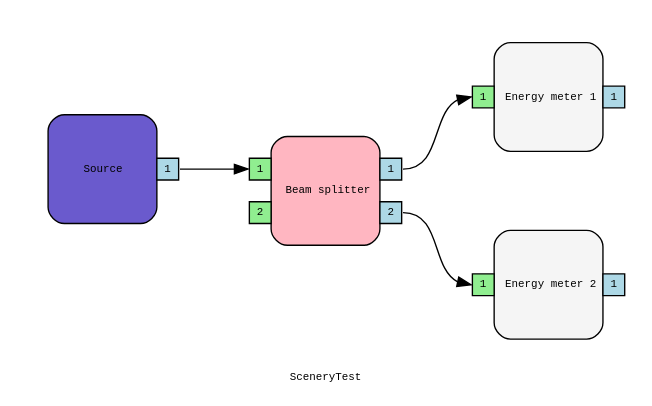
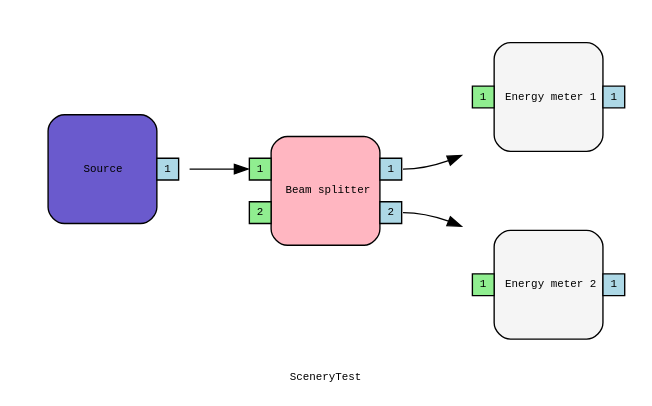
Before and after one commit to opossum-labs/opossum: the diagram in opossum/files_for_testing/dot/to_dot_full_LR.dot, drawn with Graphviz. The commit also changed 104 other files, not shown here.

```diff
--- a/opossum/files_for_testing/dot/to_dot_full_LR.dot
+++ b/opossum/files_for_testing/dot/to_dot_full_LR.dot
@@ -1,193 +1,193 @@
 digraph {
 	fontsize = 8;
 	compound = true;
 	rankdir = "LR";
 	label="SceneryTest"
 	fontname="Courier"
 	node [fontname="Courier" fontsize = 8]
 	edge [fontname="Courier"]
 
 	i0 [
 		shape=plaintext
 		label=<
 		<TABLE BORDER="0" CELLBORDER="0" CELLSPACING="0" CELLPADDING="0" ALIGN="CENTER">
 			<TR BORDER="0">
 				<TD FIXEDSIZE="TRUE" ALIGN="CENTER" WIDTH="16" HEIGHT="16"> </TD>
 				<TD FIXEDSIZE="TRUE" ALIGN="CENTER" WIDTH="16" HEIGHT="16"> </TD>
 				<TD FIXEDSIZE="TRUE" ALIGN="CENTER" WIDTH="16" HEIGHT="16"> </TD>
 				<TD FIXEDSIZE="TRUE" ALIGN="CENTER" WIDTH="16" HEIGHT="16"> </TD>
 				<TD FIXEDSIZE="TRUE" ALIGN="CENTER" WIDTH="16" HEIGHT="16"> </TD>
 				<TD FIXEDSIZE="TRUE" ALIGN="CENTER" WIDTH="16" HEIGHT="16"> </TD>
 				<TD FIXEDSIZE="TRUE" ALIGN="CENTER" WIDTH="16" HEIGHT="16"> </TD>
 			</TR>
 			<TR BORDER="0">
 				<TD FIXEDSIZE="TRUE" ALIGN="CENTER" WIDTH="16" HEIGHT="16"> </TD>
 				<TD FIXEDSIZE="TRUE" ROWSPAN="5" COLSPAN="5" BGCOLOR="slateblue" WIDTH="80" HEIGHT="80" BORDER="1" ALIGN="CENTER" CELLPADDING="0" STYLE="ROUNDED">Source</TD>
 				<TD FIXEDSIZE="TRUE" ALIGN="CENTER" WIDTH="16" HEIGHT="16"> </TD>
 			</TR>
 			<TR BORDER="0">
 				<TD FIXEDSIZE="TRUE" ALIGN="CENTER" WIDTH="16" HEIGHT="16"> </TD>
 				<TD FIXEDSIZE="TRUE" ALIGN="CENTER" WIDTH="16" HEIGHT="16"> </TD>
 			</TR>
 			<TR BORDER="0">
 				<TD FIXEDSIZE="TRUE" ALIGN="CENTER" WIDTH="16" HEIGHT="16"> </TD>
-				<TD WIDTH="16" HEIGHT="16" FIXEDSIZE="TRUE" PORT="out1" BORDER="1" BGCOLOR="lightblue" HREF="" TOOLTIP="Output port 1: out1">1</TD>
+				<TD WIDTH="16" HEIGHT="16" FIXEDSIZE="TRUE" PORT="output_1" BORDER="1" BGCOLOR="lightblue" HREF="" TOOLTIP="Output port 1: out1">1</TD>
 			</TR>
 			<TR BORDER="0">
 				<TD FIXEDSIZE="TRUE" ALIGN="CENTER" WIDTH="16" HEIGHT="16"> </TD>
 				<TD FIXEDSIZE="TRUE" ALIGN="CENTER" WIDTH="16" HEIGHT="16"> </TD>
 			</TR>
 			<TR BORDER="0">
 				<TD FIXEDSIZE="TRUE" ALIGN="CENTER" WIDTH="16" HEIGHT="16"> </TD>
 				<TD FIXEDSIZE="TRUE" ALIGN="CENTER" WIDTH="16" HEIGHT="16"> </TD>
 			</TR>
 			<TR BORDER="0">
 				<TD FIXEDSIZE="TRUE" ALIGN="CENTER" WIDTH="16" HEIGHT="16"> </TD>
 				<TD FIXEDSIZE="TRUE" ALIGN="CENTER" WIDTH="16" HEIGHT="16"> </TD>
 				<TD FIXEDSIZE="TRUE" ALIGN="CENTER" WIDTH="16" HEIGHT="16"> </TD>
 				<TD FIXEDSIZE="TRUE" ALIGN="CENTER" WIDTH="16" HEIGHT="16"> </TD>
 				<TD FIXEDSIZE="TRUE" ALIGN="CENTER" WIDTH="16" HEIGHT="16"> </TD>
 				<TD FIXEDSIZE="TRUE" ALIGN="CENTER" WIDTH="16" HEIGHT="16"> </TD>
 				<TD FIXEDSIZE="TRUE" ALIGN="CENTER" WIDTH="16" HEIGHT="16"> </TD>
 			</TR>
 			</TABLE>
 		>];
 	i1 [
 		shape=plaintext
 		label=<
 		<TABLE BORDER="0" CELLBORDER="0" CELLSPACING="0" CELLPADDING="0" ALIGN="CENTER">
 			<TR BORDER="0">
 				<TD FIXEDSIZE="TRUE" ALIGN="CENTER" WIDTH="16" HEIGHT="16"> </TD>
 				<TD FIXEDSIZE="TRUE" ALIGN="CENTER" WIDTH="16" HEIGHT="16"> </TD>
 				<TD FIXEDSIZE="TRUE" ALIGN="CENTER" WIDTH="16" HEIGHT="16"> </TD>
 				<TD FIXEDSIZE="TRUE" ALIGN="CENTER" WIDTH="16" HEIGHT="16"> </TD>
 				<TD FIXEDSIZE="TRUE" ALIGN="CENTER" WIDTH="16" HEIGHT="16"> </TD>
 				<TD FIXEDSIZE="TRUE" ALIGN="CENTER" WIDTH="16" HEIGHT="16"> </TD>
 				<TD FIXEDSIZE="TRUE" ALIGN="CENTER" WIDTH="16" HEIGHT="16"> </TD>
 			</TR>
 			<TR BORDER="0">
 				<TD FIXEDSIZE="TRUE" ALIGN="CENTER" WIDTH="16" HEIGHT="16"> </TD>
 				<TD FIXEDSIZE="TRUE" ROWSPAN="5" COLSPAN="5" BGCOLOR="lightpink" WIDTH="80" HEIGHT="80" BORDER="1" ALIGN="CENTER" CELLPADDING="0" STYLE="ROUNDED">Beam splitter</TD>
 				<TD FIXEDSIZE="TRUE" ALIGN="CENTER" WIDTH="16" HEIGHT="16"> </TD>
 			</TR>
 			<TR BORDER="0">
 				<TD WIDTH="16" HEIGHT="16" FIXEDSIZE="TRUE" PORT="input1" BORDER="1" BGCOLOR="lightgreen" HREF="" TOOLTIP="Input port 1: input1">1</TD>
 				<TD WIDTH="16" HEIGHT="16" FIXEDSIZE="TRUE" PORT="out1_trans1_refl2" BORDER="1" BGCOLOR="lightblue" HREF="" TOOLTIP="Output port 1: out1_trans1_refl2">1</TD>
 			</TR>
 			<TR BORDER="0">
 				<TD FIXEDSIZE="TRUE" ALIGN="CENTER" WIDTH="16" HEIGHT="16"> </TD>
 				<TD FIXEDSIZE="TRUE" ALIGN="CENTER" WIDTH="16" HEIGHT="16"> </TD>
 			</TR>
 			<TR BORDER="0">
 				<TD WIDTH="16" HEIGHT="16" FIXEDSIZE="TRUE" PORT="input2" BORDER="1" BGCOLOR="lightgreen" HREF="" TOOLTIP="Input port 2: input2">2</TD>
 				<TD WIDTH="16" HEIGHT="16" FIXEDSIZE="TRUE" PORT="out2_trans2_refl1" BORDER="1" BGCOLOR="lightblue" HREF="" TOOLTIP="Output port 2: out2_trans2_refl1">2</TD>
 			</TR>
 			<TR BORDER="0">
 				<TD FIXEDSIZE="TRUE" ALIGN="CENTER" WIDTH="16" HEIGHT="16"> </TD>
 				<TD FIXEDSIZE="TRUE" ALIGN="CENTER" WIDTH="16" HEIGHT="16"> </TD>
 			</TR>
 			<TR BORDER="0">
 				<TD FIXEDSIZE="TRUE" ALIGN="CENTER" WIDTH="16" HEIGHT="16"> </TD>
 				<TD FIXEDSIZE="TRUE" ALIGN="CENTER" WIDTH="16" HEIGHT="16"> </TD>
 				<TD FIXEDSIZE="TRUE" ALIGN="CENTER" WIDTH="16" HEIGHT="16"> </TD>
 				<TD FIXEDSIZE="TRUE" ALIGN="CENTER" WIDTH="16" HEIGHT="16"> </TD>
 				<TD FIXEDSIZE="TRUE" ALIGN="CENTER" WIDTH="16" HEIGHT="16"> </TD>
 				<TD FIXEDSIZE="TRUE" ALIGN="CENTER" WIDTH="16" HEIGHT="16"> </TD>
 				<TD FIXEDSIZE="TRUE" ALIGN="CENTER" WIDTH="16" HEIGHT="16"> </TD>
 			</TR>
 			</TABLE>
 		>];
 	i2 [
 		shape=plaintext
 		label=<
 		<TABLE BORDER="0" CELLBORDER="0" CELLSPACING="0" CELLPADDING="0" ALIGN="CENTER">
 			<TR BORDER="0">
 				<TD FIXEDSIZE="TRUE" ALIGN="CENTER" WIDTH="16" HEIGHT="16"> </TD>
 				<TD FIXEDSIZE="TRUE" ALIGN="CENTER" WIDTH="16" HEIGHT="16"> </TD>
 				<TD FIXEDSIZE="TRUE" ALIGN="CENTER" WIDTH="16" HEIGHT="16"> </TD>
 				<TD FIXEDSIZE="TRUE" ALIGN="CENTER" WIDTH="16" HEIGHT="16"> </TD>
 				<TD FIXEDSIZE="TRUE" ALIGN="CENTER" WIDTH="16" HEIGHT="16"> </TD>
 				<TD FIXEDSIZE="TRUE" ALIGN="CENTER" WIDTH="16" HEIGHT="16"> </TD>
 				<TD FIXEDSIZE="TRUE" ALIGN="CENTER" WIDTH="16" HEIGHT="16"> </TD>
 			</TR>
 			<TR BORDER="0">
 				<TD FIXEDSIZE="TRUE" ALIGN="CENTER" WIDTH="16" HEIGHT="16"> </TD>
 				<TD FIXEDSIZE="TRUE" ROWSPAN="5" COLSPAN="5" BGCOLOR="whitesmoke" WIDTH="80" HEIGHT="80" BORDER="1" ALIGN="CENTER" CELLPADDING="0" STYLE="ROUNDED">Energy meter 1</TD>
 				<TD FIXEDSIZE="TRUE" ALIGN="CENTER" WIDTH="16" HEIGHT="16"> </TD>
 			</TR>
 			<TR BORDER="0">
 				<TD FIXEDSIZE="TRUE" ALIGN="CENTER" WIDTH="16" HEIGHT="16"> </TD>
 				<TD FIXEDSIZE="TRUE" ALIGN="CENTER" WIDTH="16" HEIGHT="16"> </TD>
 			</TR>
 			<TR BORDER="0">
-				<TD WIDTH="16" HEIGHT="16" FIXEDSIZE="TRUE" PORT="in1" BORDER="1" BGCOLOR="lightgreen" HREF="" TOOLTIP="Input port 1: in1">1</TD>
-				<TD WIDTH="16" HEIGHT="16" FIXEDSIZE="TRUE" PORT="out1" BORDER="1" BGCOLOR="lightblue" HREF="" TOOLTIP="Output port 1: out1">1</TD>
+				<TD WIDTH="16" HEIGHT="16" FIXEDSIZE="TRUE" PORT="input_1" BORDER="1" BGCOLOR="lightgreen" HREF="" TOOLTIP="Input port 1: in1">1</TD>
+				<TD WIDTH="16" HEIGHT="16" FIXEDSIZE="TRUE" PORT="output_1" BORDER="1" BGCOLOR="lightblue" HREF="" TOOLTIP="Output port 1: out1">1</TD>
 			</TR>
 			<TR BORDER="0">
 				<TD FIXEDSIZE="TRUE" ALIGN="CENTER" WIDTH="16" HEIGHT="16"> </TD>
 				<TD FIXEDSIZE="TRUE" ALIGN="CENTER" WIDTH="16" HEIGHT="16"> </TD>
 			</TR>
 			<TR BORDER="0">
 				<TD FIXEDSIZE="TRUE" ALIGN="CENTER" WIDTH="16" HEIGHT="16"> </TD>
 				<TD FIXEDSIZE="TRUE" ALIGN="CENTER" WIDTH="16" HEIGHT="16"> </TD>
 			</TR>
 			<TR BORDER="0">
 				<TD FIXEDSIZE="TRUE" ALIGN="CENTER" WIDTH="16" HEIGHT="16"> </TD>
 				<TD FIXEDSIZE="TRUE" ALIGN="CENTER" WIDTH="16" HEIGHT="16"> </TD>
 				<TD FIXEDSIZE="TRUE" ALIGN="CENTER" WIDTH="16" HEIGHT="16"> </TD>
 				<TD FIXEDSIZE="TRUE" ALIGN="CENTER" WIDTH="16" HEIGHT="16"> </TD>
 				<TD FIXEDSIZE="TRUE" ALIGN="CENTER" WIDTH="16" HEIGHT="16"> </TD>
 				<TD FIXEDSIZE="TRUE" ALIGN="CENTER" WIDTH="16" HEIGHT="16"> </TD>
 				<TD FIXEDSIZE="TRUE" ALIGN="CENTER" WIDTH="16" HEIGHT="16"> </TD>
 			</TR>
 			</TABLE>
 		>];
 	i3 [
 		shape=plaintext
 		label=<
 		<TABLE BORDER="0" CELLBORDER="0" CELLSPACING="0" CELLPADDING="0" ALIGN="CENTER">
 			<TR BORDER="0">
 				<TD FIXEDSIZE="TRUE" ALIGN="CENTER" WIDTH="16" HEIGHT="16"> </TD>
 				<TD FIXEDSIZE="TRUE" ALIGN="CENTER" WIDTH="16" HEIGHT="16"> </TD>
 				<TD FIXEDSIZE="TRUE" ALIGN="CENTER" WIDTH="16" HEIGHT="16"> </TD>
 				<TD FIXEDSIZE="TRUE" ALIGN="CENTER" WIDTH="16" HEIGHT="16"> </TD>
 				<TD FIXEDSIZE="TRUE" ALIGN="CENTER" WIDTH="16" HEIGHT="16"> </TD>
 				<TD FIXEDSIZE="TRUE" ALIGN="CENTER" WIDTH="16" HEIGHT="16"> </TD>
 				<TD FIXEDSIZE="TRUE" ALIGN="CENTER" WIDTH="16" HEIGHT="16"> </TD>
 			</TR>
 			<TR BORDER="0">
 				<TD FIXEDSIZE="TRUE" ALIGN="CENTER" WIDTH="16" HEIGHT="16"> </TD>
 				<TD FIXEDSIZE="TRUE" ROWSPAN="5" COLSPAN="5" BGCOLOR="whitesmoke" WIDTH="80" HEIGHT="80" BORDER="1" ALIGN="CENTER" CELLPADDING="0" STYLE="ROUNDED">Energy meter 2</TD>
 				<TD FIXEDSIZE="TRUE" ALIGN="CENTER" WIDTH="16" HEIGHT="16"> </TD>
 			</TR>
 			<TR BORDER="0">
 				<TD FIXEDSIZE="TRUE" ALIGN="CENTER" WIDTH="16" HEIGHT="16"> </TD>
 				<TD FIXEDSIZE="TRUE" ALIGN="CENTER" WIDTH="16" HEIGHT="16"> </TD>
 			</TR>
 			<TR BORDER="0">
-				<TD WIDTH="16" HEIGHT="16" FIXEDSIZE="TRUE" PORT="in1" BORDER="1" BGCOLOR="lightgreen" HREF="" TOOLTIP="Input port 1: in1">1</TD>
-				<TD WIDTH="16" HEIGHT="16" FIXEDSIZE="TRUE" PORT="out1" BORDER="1" BGCOLOR="lightblue" HREF="" TOOLTIP="Output port 1: out1">1</TD>
+				<TD WIDTH="16" HEIGHT="16" FIXEDSIZE="TRUE" PORT="input_1" BORDER="1" BGCOLOR="lightgreen" HREF="" TOOLTIP="Input port 1: in1">1</TD>
+				<TD WIDTH="16" HEIGHT="16" FIXEDSIZE="TRUE" PORT="output_1" BORDER="1" BGCOLOR="lightblue" HREF="" TOOLTIP="Output port 1: out1">1</TD>
 			</TR>
 			<TR BORDER="0">
 				<TD FIXEDSIZE="TRUE" ALIGN="CENTER" WIDTH="16" HEIGHT="16"> </TD>
 				<TD FIXEDSIZE="TRUE" ALIGN="CENTER" WIDTH="16" HEIGHT="16"> </TD>
 			</TR>
 			<TR BORDER="0">
 				<TD FIXEDSIZE="TRUE" ALIGN="CENTER" WIDTH="16" HEIGHT="16"> </TD>
 				<TD FIXEDSIZE="TRUE" ALIGN="CENTER" WIDTH="16" HEIGHT="16"> </TD>
 			</TR>
 			<TR BORDER="0">
 				<TD FIXEDSIZE="TRUE" ALIGN="CENTER" WIDTH="16" HEIGHT="16"> </TD>
 				<TD FIXEDSIZE="TRUE" ALIGN="CENTER" WIDTH="16" HEIGHT="16"> </TD>
 				<TD FIXEDSIZE="TRUE" ALIGN="CENTER" WIDTH="16" HEIGHT="16"> </TD>
 				<TD FIXEDSIZE="TRUE" ALIGN="CENTER" WIDTH="16" HEIGHT="16"> </TD>
 				<TD FIXEDSIZE="TRUE" ALIGN="CENTER" WIDTH="16" HEIGHT="16"> </TD>
 				<TD FIXEDSIZE="TRUE" ALIGN="CENTER" WIDTH="16" HEIGHT="16"> </TD>
 				<TD FIXEDSIZE="TRUE" ALIGN="CENTER" WIDTH="16" HEIGHT="16"> </TD>
 			</TR>
 			</TABLE>
 		>];
   i0:out1 -> i1:input1 
   i1:out1_trans1_refl2 -> i2:in1 
   i1:out2_trans2_refl1 -> i3:in1 
 }
```
